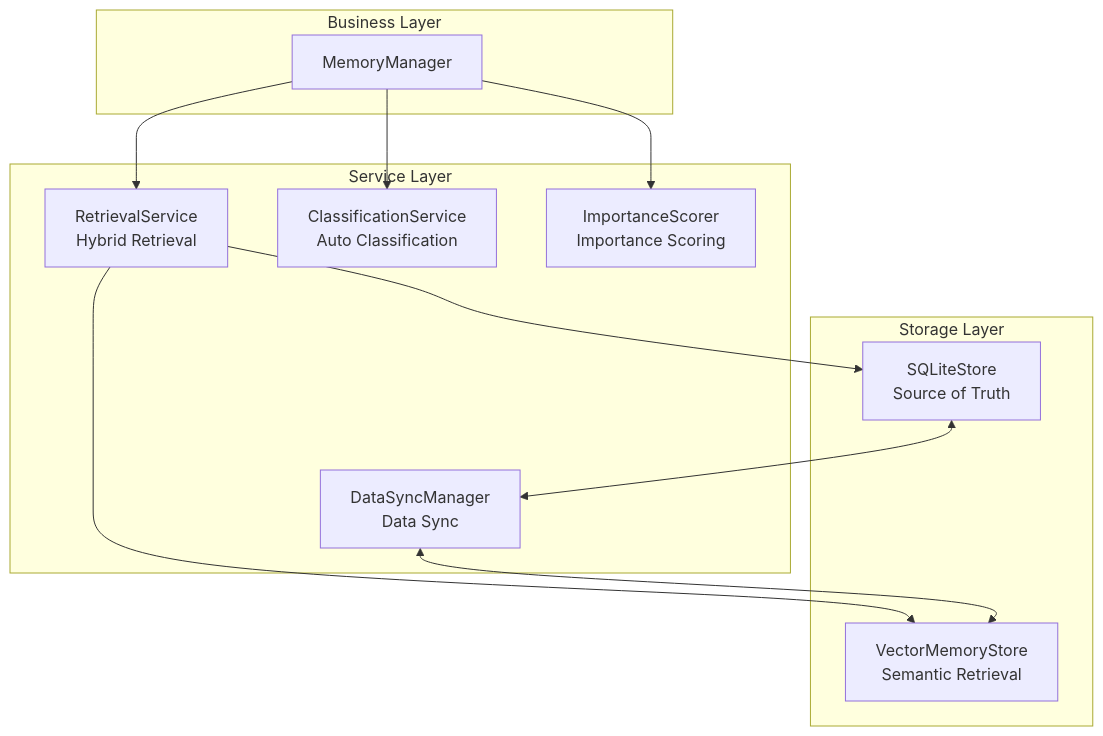
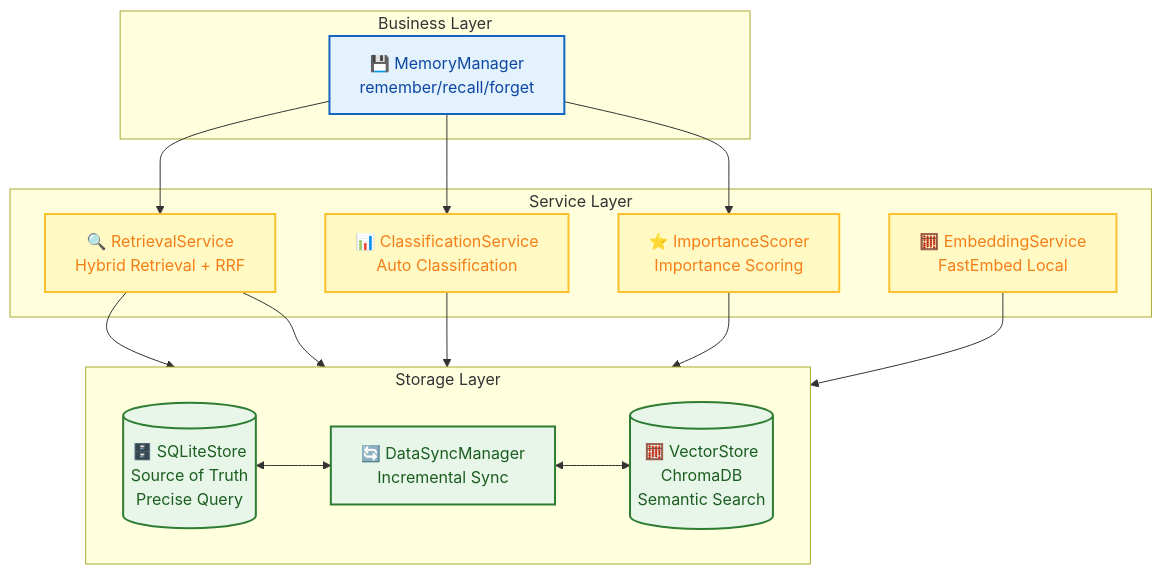
Before and after one commit to xt765/FinchBot: the third of 6 diagrams in docs/en-US/blog/finchbot-flexible-ai-agent-framework.md, drawn with Mermaid. The commit also changed other lines of this file and 18 other files, not shown here.

First line of the commit message:
docs: 简化架构图并删除所有mermaid图中的表情包

````diff
--- a/docs/en-US/blog/finchbot-flexible-ai-agent-framework.md
+++ b/docs/en-US/blog/finchbot-flexible-ai-agent-framework.md
@@ -248,27 +287,37 @@
 ```mermaid
 flowchart TB
-    subgraph Business[Business Layer]
-        MM[MemoryManager]
+    %% Style Definitions
+    classDef businessLayer fill:#e3f2fd,stroke:#1565c0,stroke-width:2px,color:#0d47a1;
+    classDef serviceLayer fill:#fff9c4,stroke:#fbc02d,stroke-width:2px,color:#f57f17;
+    classDef storageLayer fill:#e8f5e9,stroke:#2e7d32,stroke-width:2px,color:#1b5e20;
+
+    subgraph Business [Business Layer]
+        MM[💾 MemoryManager<br/>remember/recall/forget]
     end
-  
-    subgraph Storage[Storage Layer]
-        SQLite[SQLiteStore<br/>Source of Truth]
-        Vector[VectorMemoryStore<br/>Semantic Retrieval]
+    class MM businessLayer
+
+    subgraph Services [Service Layer]
+        RS[🔍 RetrievalService<br/>Hybrid Retrieval + RRF]
+        CS[📊 ClassificationService<br/>Auto Classification]
+        IS[⭐ ImportanceScorer<br/>Importance Scoring]
+        ES[🧮 EmbeddingService<br/>FastEmbed Local]
     end
-  
-    subgraph Services[Service Layer]
-        RS[RetrievalService<br/>Hybrid Retrieval]
-        CS[ClassificationService<br/>Auto Classification]
-        IS[ImportanceScorer<br/>Importance Scoring]
-        DS[DataSyncManager<br/>Data Sync]
+    class RS,CS,IS,ES serviceLayer
+
+    subgraph Storage [Storage Layer]
+        direction LR
+        SQLite[(🗄️ SQLiteStore<br/>Source of Truth<br/>Precise Query)]
+        Vector[(🧮 VectorStore<br/>ChromaDB<br/>Semantic Search)]
+        DS[🔄 DataSyncManager<br/>Incremental Sync]
     end
-  
-    MM --> RS
-    MM --> CS
-    MM --> IS
-  
-    RS --> SQLite
-    RS --> Vector
-  
+    class SQLite,Vector,DS storageLayer
+
+    %% Connections
+    MM --> RS & CS & IS
+    RS --> SQLite & Vector
+    CS --> SQLite
+    IS --> SQLite
+    ES --> Vector
+    
     SQLite <--> DS <--> Vector
 ```
````
